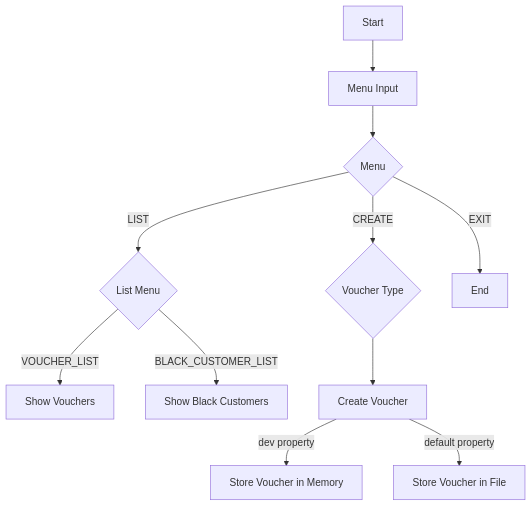
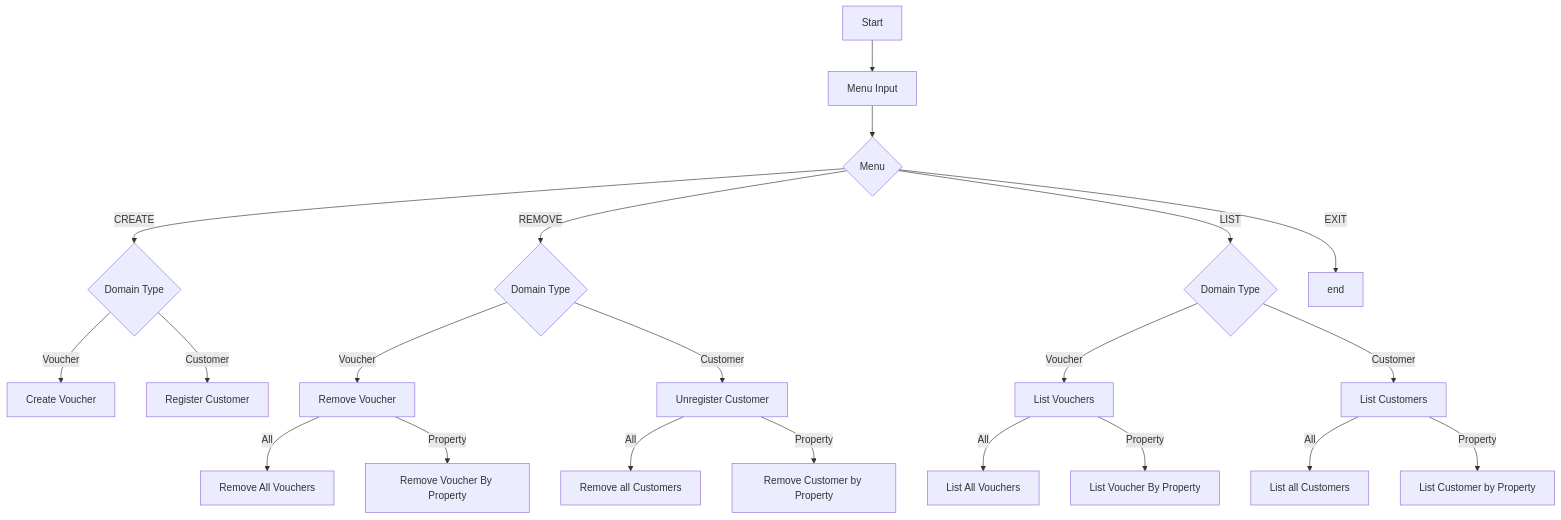
One commit to prgrms-be-devcourse/springboot-basic changed the diagram in flowchart.mermaid. Above: the diagram before and after it, drawn with Mermaid. The commit also changed 1 other file, not shown here.

```diff
--- a/flowchart.mermaid
+++ b/flowchart.mermaid
@@ -1,10 +1,24 @@
 flowchart TD
-    startnode[Start] --> menu[Menu Input] --> menuBranch{Menu}
-    menuBranch -- CREATE --> createBranch{Voucher Type}
-    menuBranch -- LIST --> listBranch{List Menu}
-    listBranch -- VOUCHER_LIST --> showVoucher[Show Vouchers]
-    listBranch -- BLACK_CUSTOMER_LIST --> showBlack[Show Black Customers]
-    createBranch --> CreateVoucher[Create Voucher]
-    CreateVoucher -- dev property --> mem[Store Voucher in Memory]
-    CreateVoucher -- default property --> file[Store Voucher in File]
-    menuBranch -- EXIT --> endnode[End]
+    start_node[Start] --> menu[Menu Input] --> menuBranch{Menu}
+
+    menuBranch -- CREATE --> createBranch{Domain Type}
+    menuBranch -- REMOVE --> removeBranch{Domain Type}
+    menuBranch -- LIST --> listBranch{Domain Type}
+    menuBranch -- EXIT --> end_node[end]
+
+    createBranch -- Voucher --> createVoucher[Create Voucher]
+    createBranch -- Customer --> registerCustomer[Register Customer]
+
+    removeBranch -- Voucher --> removeVoucher[Remove Voucher]
+    removeBranch -- Customer --> removeCustomer[Unregister Customer]
+    removeVoucher -- All --> removeAllVouchers[Remove All Vouchers]
+    removeVoucher -- Property --> removeVoucherByProperty[Remove Voucher By Property]
+    removeCustomer -- All --> removeAllCustomers[Remove all Customers]
+    removeCustomer -- Property --> removeCustomerByProperty[Remove Customer by Property]
+
+    listBranch -- Voucher --> listVoucher[List Vouchers]
+    listBranch -- Customer --> listCustomer[List Customers]
+    listVoucher -- All --> listAllVouchers[List All Vouchers]
+    listVoucher -- Property --> listVoucherByProperty[List Voucher By Property]
+    listCustomer -- All --> listAllCustomers[List all Customers]
+    listCustomer -- Property --> listCustomerByProperty[List Customer by Property]
```
